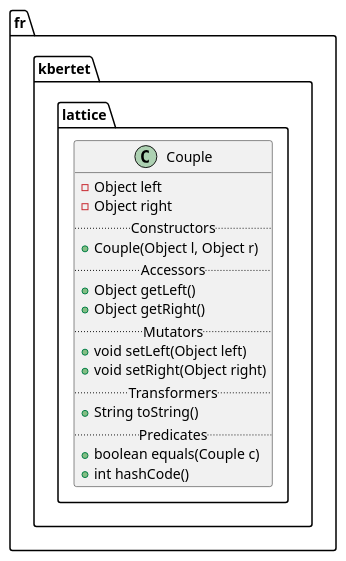
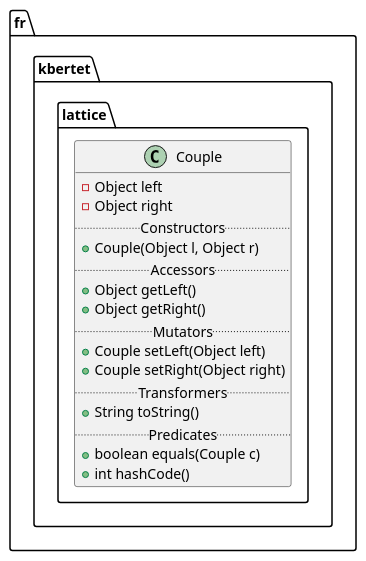
One commit to thegalactic/java-lattices changed the diagram in src/fr/kbertet/lattice/Couple.iuml. Above: the diagram before and after it, drawn with PlantUML. The commit also changed 6 other files, not shown here.

```diff
--- a/src/fr/kbertet/lattice/Couple.iuml
+++ b/src/fr/kbertet/lattice/Couple.iuml
@@ -1,19 +1,19 @@
 package fr.kbertet.lattice {
     class Couple {
         -Object left
         -Object right
         .. Constructors ..
         +Couple(Object l, Object r)
         .. Accessors ..
         +Object getLeft()
         +Object getRight()
         .. Mutators ..
-        +void setLeft(Object left)
-        +void setRight(Object right)
+        +Couple setLeft(Object left)
+        +Couple setRight(Object right)
         .. Transformers ..
         +String toString()
         .. Predicates ..
         +boolean equals(Couple c)
         +int hashCode()
     }
 }
```
